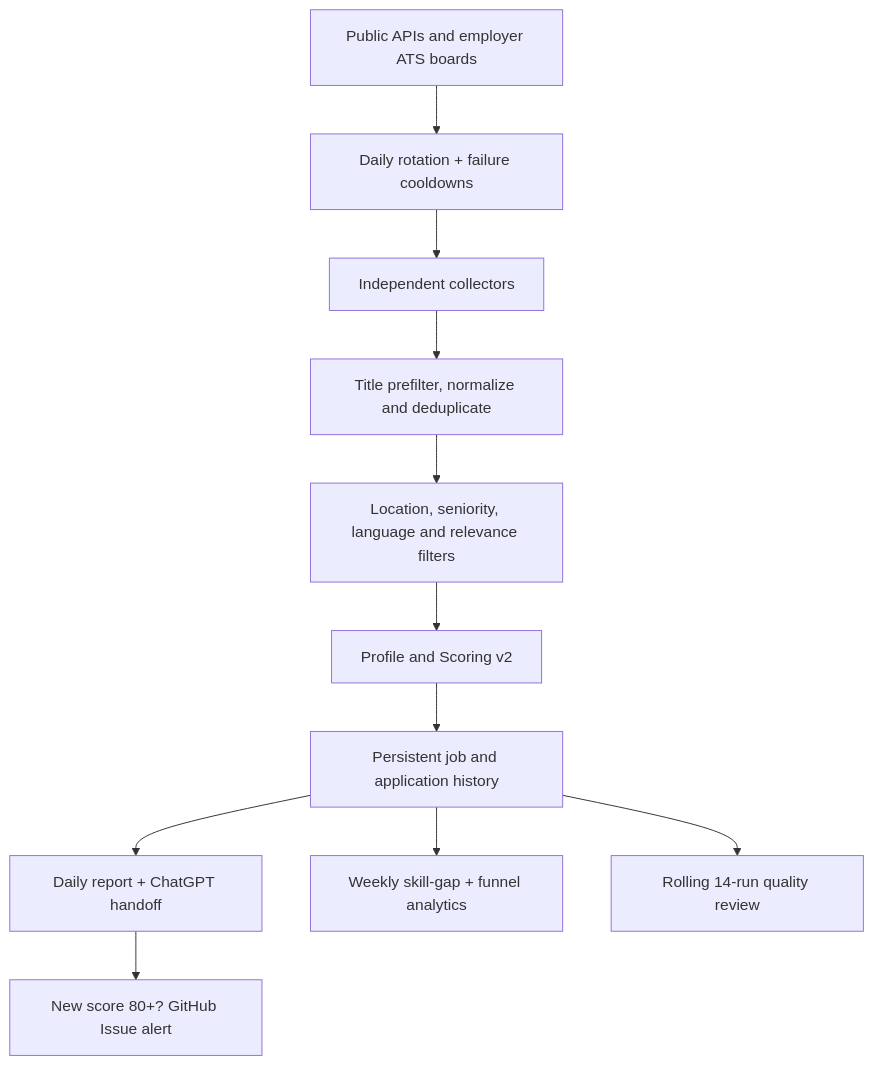
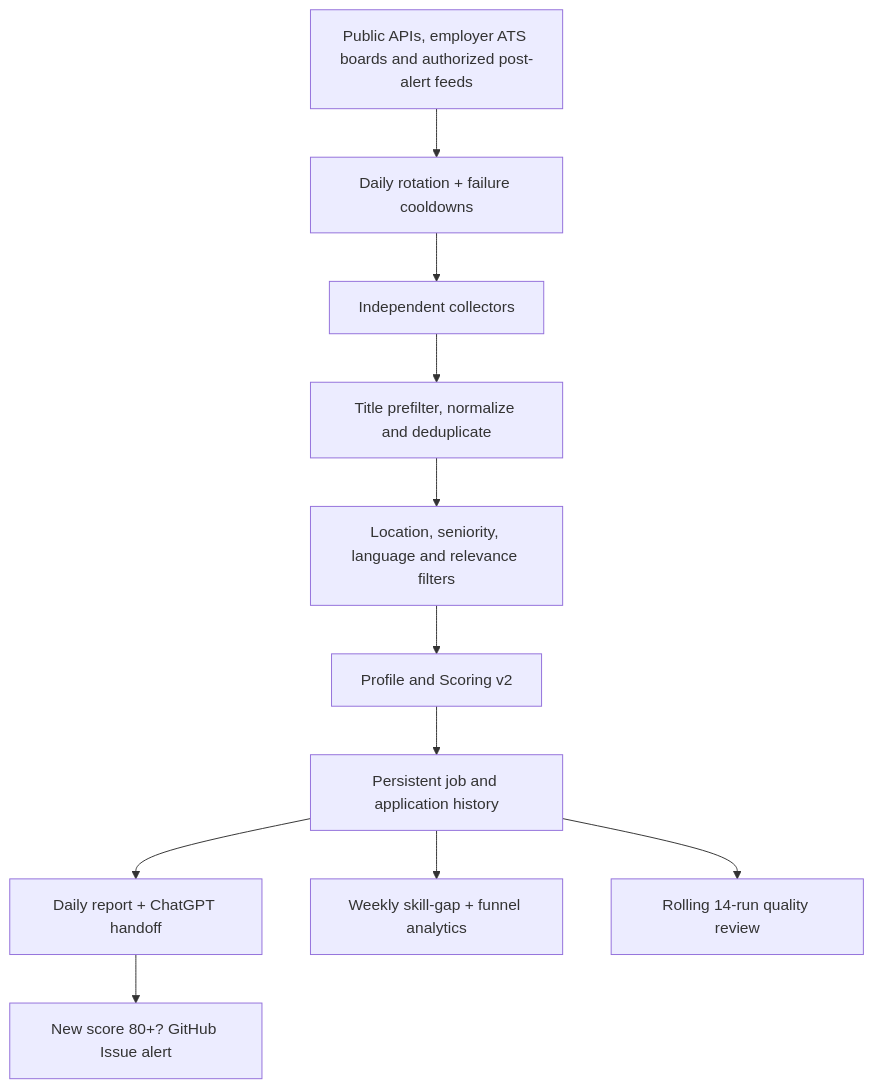
One commit to bsdevda/cyber-job-radar changed the diagram in README.md. Above: the diagram before and after it, drawn with Mermaid. The commit also changed other lines of this file and 16 other files, not shown here.

````diff
--- a/README.md
+++ b/README.md
@@ -63,13 +74,13 @@
 ```mermaid
 flowchart TD
-    A["Public APIs and employer ATS boards"] --> B["Daily rotation + failure cooldowns"]
+    A["Public APIs, employer ATS boards and authorized post-alert feeds"] --> B["Daily rotation + failure cooldowns"]
     B --> C0["Independent collectors"]
     C0 --> C["Title prefilter, normalize and deduplicate"]
     C --> D["Location, seniority, language and relevance filters"]
     D --> E["Profile and Scoring v2"]
     E --> F["Persistent job and application history"]
     F --> G["Daily report + ChatGPT handoff"]
     G --> I["New score 80+? GitHub Issue alert"]
     F --> H["Weekly skill-gap + funnel analytics"]
     F --> J["Rolling 14-run quality review"]
 ```
````
